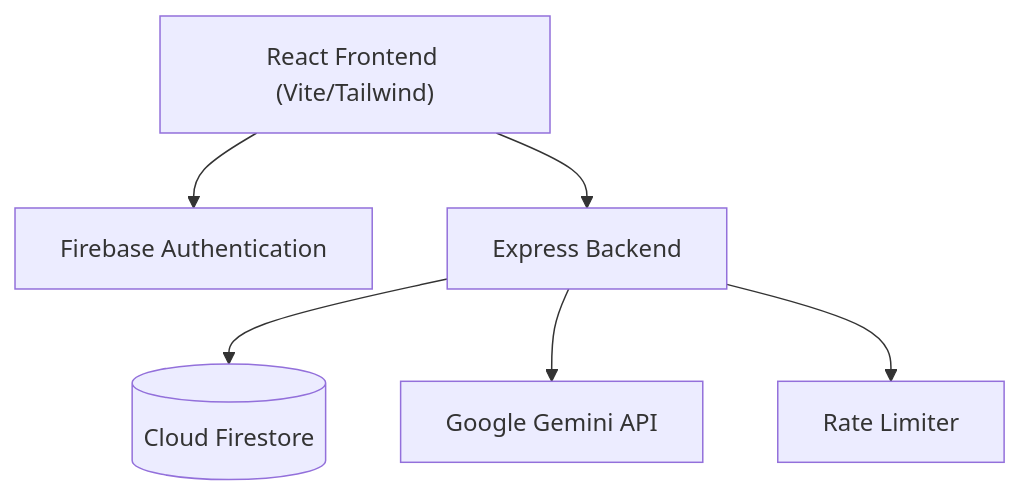
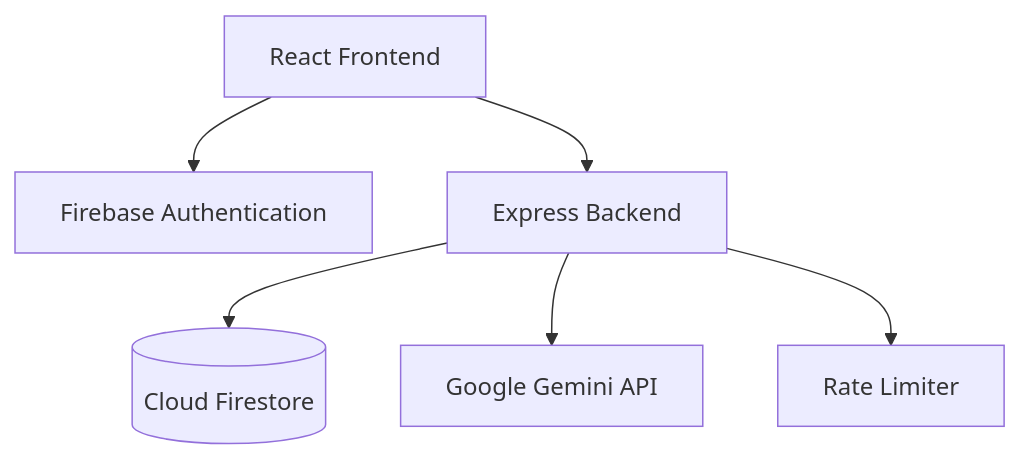
Before and after one commit to ayushmauryacloudx/AYROJECT-AI: the second of 2 diagrams in app/applet/README.md, drawn with Mermaid. The commit also changed other lines of this file and 3 other files, not shown here.

````diff
--- a/app/applet/README.md
+++ b/app/applet/README.md
@@ -56,8 +56,8 @@
 ```mermaid
 graph TD
-    UI["React Frontend (Vite/Tailwind)"] --> Auth["Firebase Authentication"]
-    UI --> API["Express Backend"]
-    API --> FS[("Cloud Firestore")]
-    API --> Gemini["Google Gemini API"]
-    API --> RateLimit["Rate Limiter"]
+    UI[React Frontend] --> Auth[Firebase Authentication]
+    UI --> API[Express Backend]
+    API --> FS[(Cloud Firestore)]
+    API --> Gemini[Google Gemini API]
+    API --> RateLimit[Rate Limiter]
 ```
````
